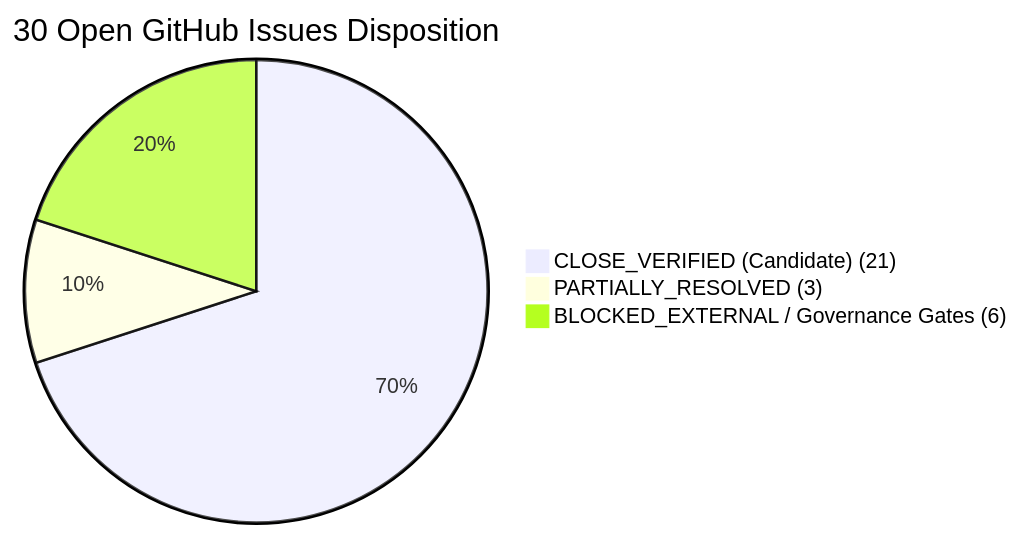
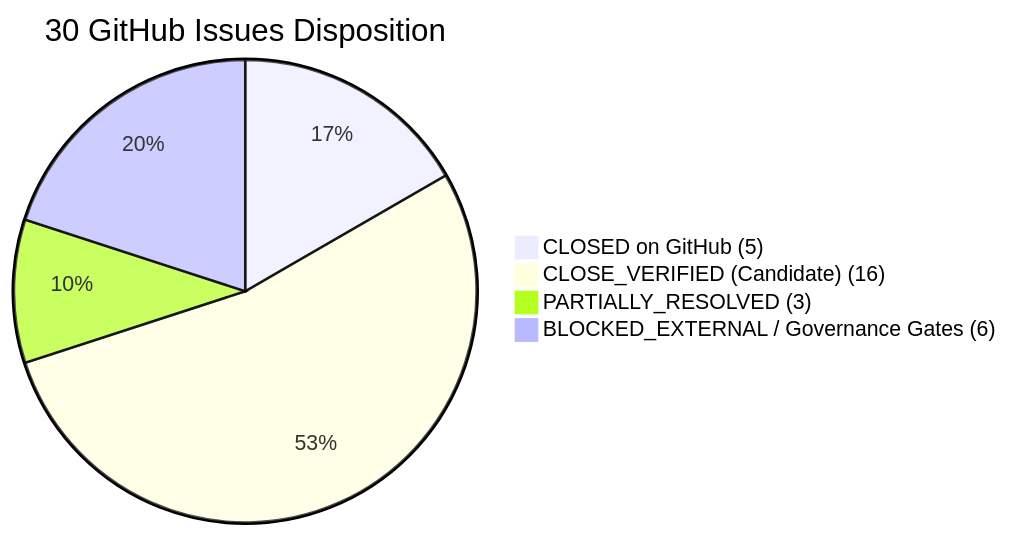
The diagram in docs/AUDIT_RECONCILIATION_30_ISSUES.md (o0k00l/MF-AI-Based), drawn with Mermaid before and after one commit. The commit also changed other lines of this file, not shown here.

Commit message:
docs(audit): record GitHub closures for 5 issues and mandatory manifest bindings on #112

````diff
--- a/docs/AUDIT_RECONCILIATION_30_ISSUES.md
+++ b/docs/AUDIT_RECONCILIATION_30_ISSUES.md
@@ -28,6 +28,7 @@
 ```mermaid
-pie title 30 Open GitHub Issues Disposition
-    "CLOSE_VERIFIED (Candidate) (21)" : 21
+pie title 30 GitHub Issues Disposition
+    "CLOSED on GitHub (5)" : 5
+    "CLOSE_VERIFIED (Candidate) (16)" : 16
     "PARTIALLY_RESOLVED (3)" : 3
     "BLOCKED_EXTERNAL / Governance Gates (6)" : 6
 ```
````
